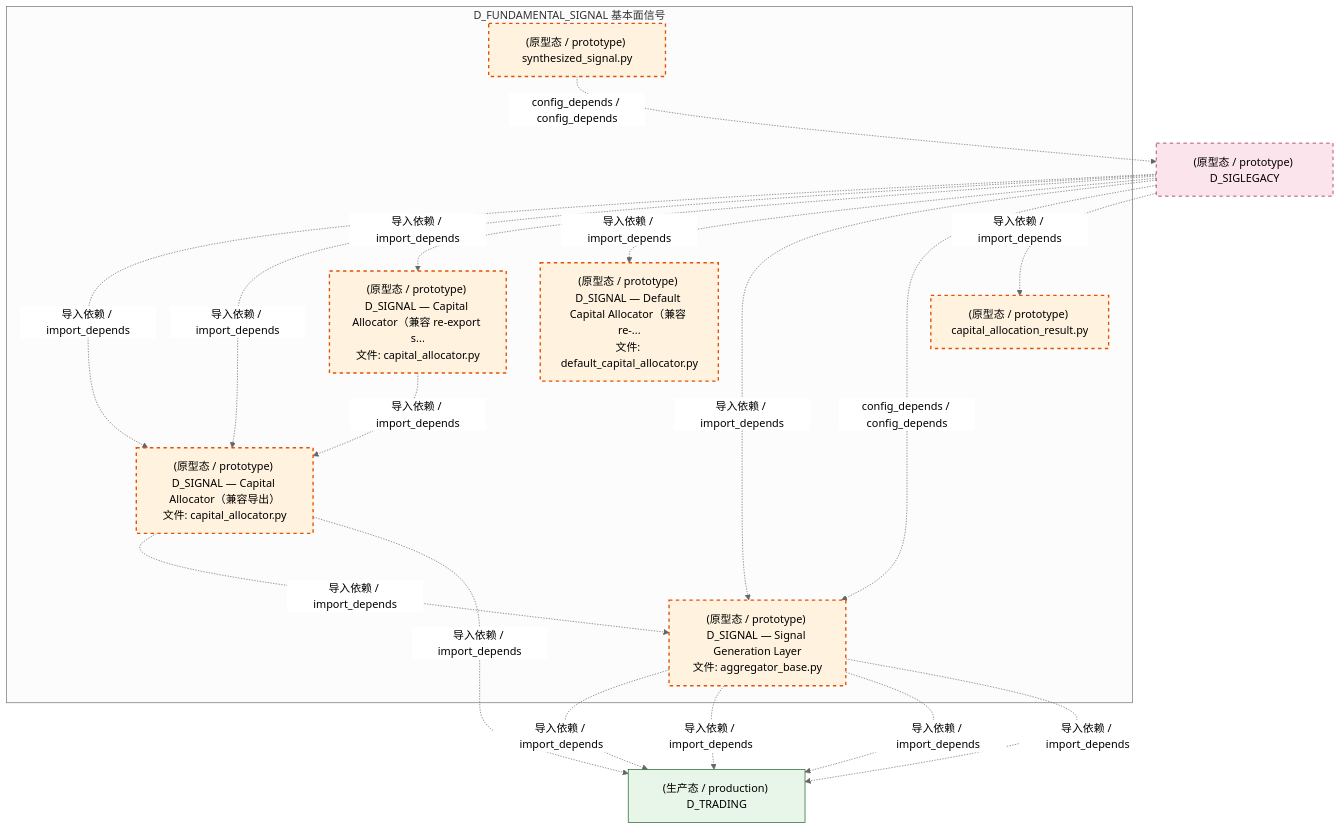
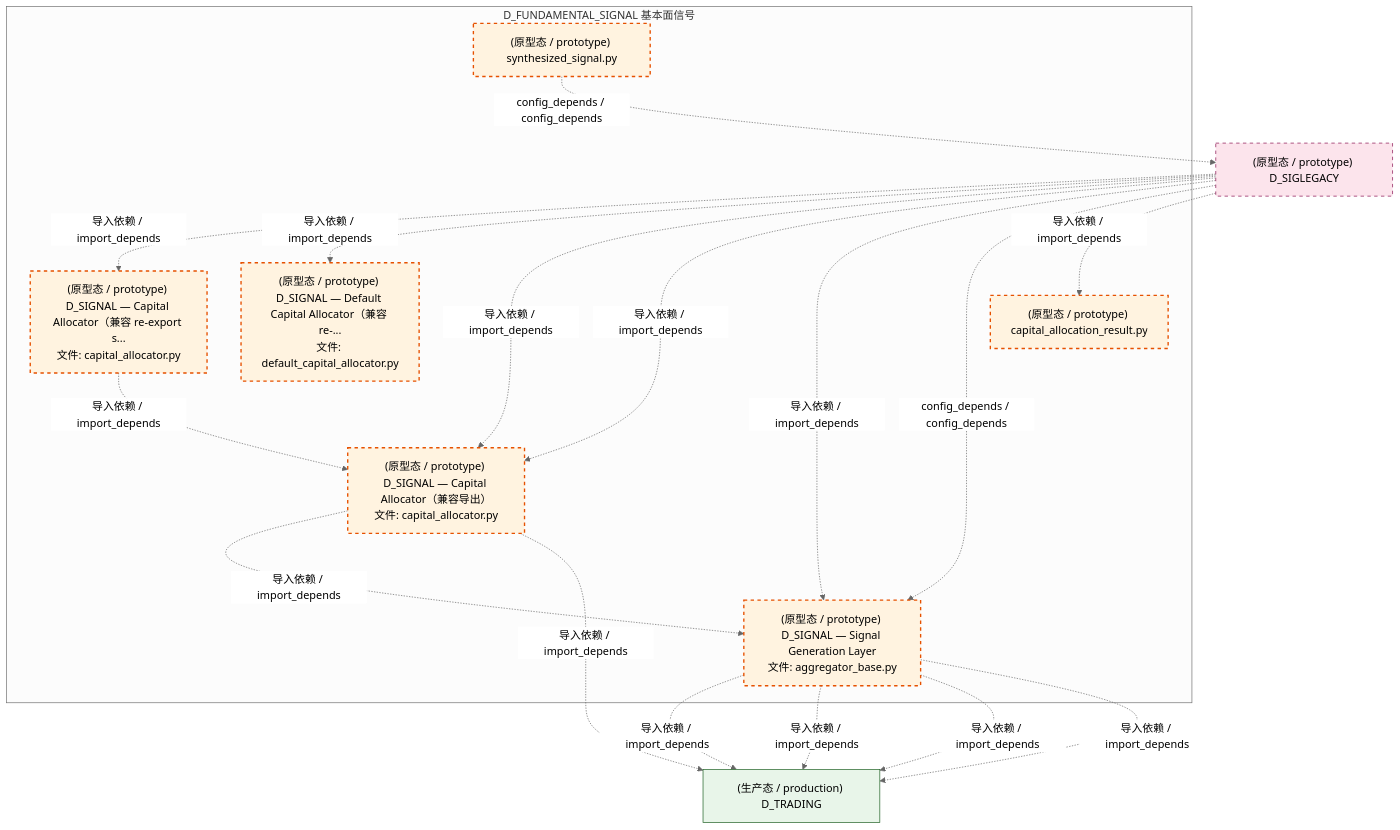
One commit to xuanFelixVan/ZephyrAlpha changed the third of 4 diagrams in docs/02_enterprise_architecture/02_domain_architecture_docs/37_d_fundamental_signal.md. Above: the diagram before and after it, drawn with Mermaid (neutral theme). The commit also changed other lines of this file and 125 other files, not shown here.

````diff
--- a/docs/02_enterprise_architecture/02_domain_architecture_docs/37_d_fundamental_signal.md
+++ b/docs/02_enterprise_architecture/02_domain_architecture_docs/37_d_fundamental_signal.md
@@ -177,35 +177,35 @@
 ```mermaid
 graph TD
     subgraph D_FUNDAMENTAL_SIGNAL["D_FUNDAMENTAL_SIGNAL 基本面信号"]
         src_zephyr_signal_fundamental_capital_capital_allocation_result_py["(原型态 / prototype) capital_allocation_result.py"]
         src_zephyr_signal_fundamental_capital_capital_allocator_py["(原型态 / prototype) D_SIGNAL — Capital Allocator（兼容 re-export s...<br/>文件: capital_allocator.py"]
         src_zephyr_signal_fundamental_capital_default_capital_allocator_py["(原型态 / prototype) D_SIGNAL — Default Capital Allocator（兼容 re-...<br/>文件: default_capital_allocator.py"]
         src_zephyr_signal_fundamental_combiner_synthesized_signal_py["(原型态 / prototype) synthesized_signal.py"]
         src_zephyr_signal_fundamental_gen_aggregator_base_py["(原型态 / prototype) D_SIGNAL — Signal Generation Layer<br/>文件: aggregator_base.py"]
         src_zephyr_signal_fundamental_strategy_capital_allocator_py["(原型态 / prototype) D_SIGNAL — Capital Allocator（兼容导出）<br/>文件: capital_allocator.py"]
     end
     src_zephyr_signal_fundamental_capital_capital_allocator_py -.->|导入依赖 / import_depends| src_zephyr_signal_fundamental_strategy_capital_allocator_py
     src_zephyr_signal_fundamental_strategy_capital_allocator_py -.->|导入依赖 / import_depends| src_zephyr_signal_fundamental_gen_aggregator_base_py
     D_TRADING["(生产态 / production) D_TRADING"]
     src_zephyr_signal_fundamental_gen_aggregator_base_py -.->|导入依赖 / import_depends| D_TRADING
+    src_zephyr_signal_fundamental_gen_aggregator_base_py -.->|导入依赖 / import_depends| D_TRADING
     D_SIGLEGACY["(原型态 / prototype) D_SIGLEGACY"]
     src_zephyr_signal_fundamental_combiner_synthesized_signal_py -.->|config_depends / config_depends| D_SIGLEGACY
     src_zephyr_signal_fundamental_gen_aggregator_base_py -.->|导入依赖 / import_depends| D_TRADING
-    src_zephyr_signal_fundamental_gen_aggregator_base_py -.->|导入依赖 / import_depends| D_TRADING
     src_zephyr_signal_fundamental_strategy_capital_allocator_py -.->|导入依赖 / import_depends| D_TRADING
     src_zephyr_signal_fundamental_gen_aggregator_base_py -.->|导入依赖 / import_depends| D_TRADING
+    D_SIGLEGACY -.->|导入依赖 / import_depends| src_zephyr_signal_fundamental_capital_capital_allocator_py
+    D_SIGLEGACY -.->|导入依赖 / import_depends| src_zephyr_signal_fundamental_capital_default_capital_allocator_py
     D_SIGLEGACY -.->|导入依赖 / import_depends| src_zephyr_signal_fundamental_strategy_capital_allocator_py
     D_SIGLEGACY -.->|导入依赖 / import_depends| src_zephyr_signal_fundamental_strategy_capital_allocator_py
-    D_SIGLEGACY -.->|导入依赖 / import_depends| src_zephyr_signal_fundamental_capital_capital_allocator_py
-    D_SIGLEGACY -.->|导入依赖 / import_depends| src_zephyr_signal_fundamental_capital_default_capital_allocator_py
     D_SIGLEGACY -.->|导入依赖 / import_depends| src_zephyr_signal_fundamental_gen_aggregator_base_py
     D_SIGLEGACY -.->|config_depends / config_depends| src_zephyr_signal_fundamental_gen_aggregator_base_py
     D_SIGLEGACY -.->|导入依赖 / import_depends| src_zephyr_signal_fundamental_capital_capital_allocation_result_py
     classDef production fill:#e1f5fe,stroke:#01579b,stroke-width:2px,color:#000
     classDef design fill:#fff3e0,stroke:#e65100,stroke-width:2px,color:#000,stroke-dasharray: 5 5
     classDef external_prod fill:#e8f5e9,stroke:#1b5e20,stroke-width:1px,color:#000
     classDef external_design fill:#fce4ec,stroke:#880e4f,stroke-width:1px,color:#000,stroke-dasharray: 5 5
     class src_zephyr_signal_fundamental_capital_capital_allocation_result_py,src_zephyr_signal_fundamental_capital_capital_allocator_py,src_zephyr_signal_fundamental_capital_default_capital_allocator_py,src_zephyr_signal_fundamental_combiner_synthesized_signal_py,src_zephyr_signal_fundamental_gen_aggregator_base_py,src_zephyr_signal_fundamental_strategy_capital_allocator_py design
     class D_TRADING external_prod
     class D_SIGLEGACY external_design
 ```
````
